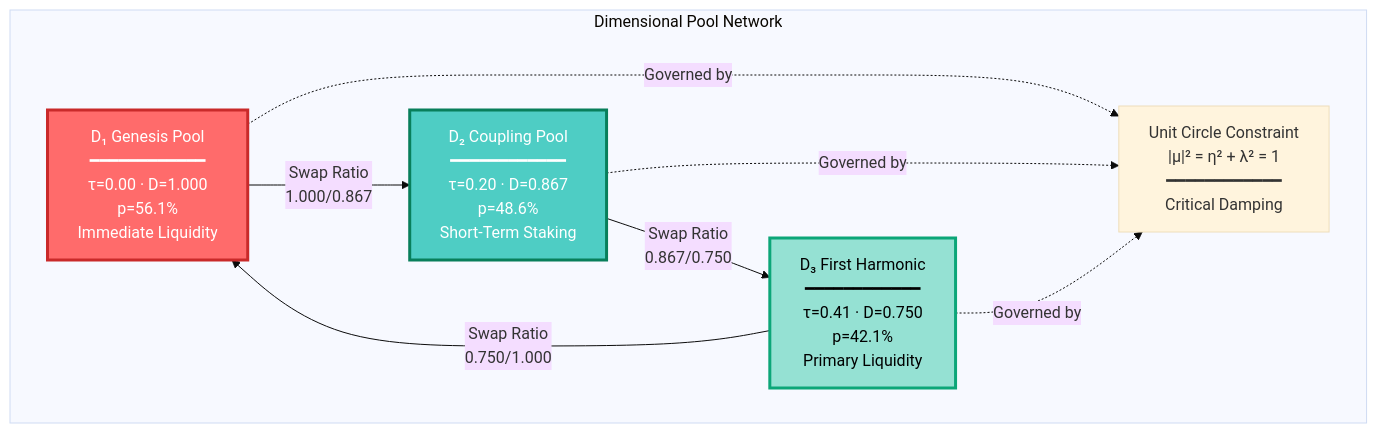
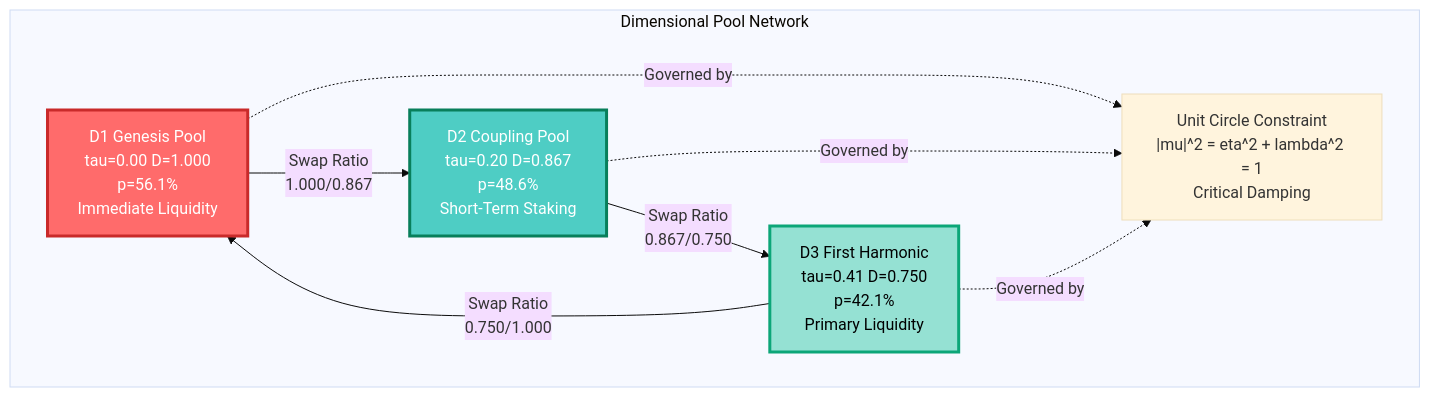
Before and after one commit to COINjecture-Network/COINjecture2.0: the third of 4 diagrams in README.md, drawn with Mermaid. The commit also changed other lines of this file and 232 other files, not shown here.

````diff
--- a/README.md
+++ b/README.md
@@ -253,23 +254,23 @@
 ```mermaid
 %%{init: {'theme':'base', 'themeVariables': { 'fontSize':'16px', 'fontFamily':'Arial'}}}%%
 graph TB
     subgraph "Dimensional Pool Network"
         style D1 fill:#ff6b6b,stroke:#c92a2a,stroke-width:3px,color:#fff
         style D2 fill:#4ecdc4,stroke:#087f5b,stroke-width:3px,color:#fff
         style D3 fill:#95e1d3,stroke:#0ca678,stroke-width:3px,color:#000
 
-        D1["D₁ Genesis Pool<br/>━━━━━━━━━━━━<br/>τ=0.00 · D=1.000<br/>p=56.1%<br/>Immediate Liquidity"]
-        D2["D₂ Coupling Pool<br/>━━━━━━━━━━━━<br/>τ=0.20 · D=0.867<br/>p=48.6%<br/>Short-Term Staking"]
-        D3["D₃ First Harmonic<br/>━━━━━━━━━━━━<br/>τ=0.41 · D=0.750<br/>p=42.1%<br/>Primary Liquidity"]
+        D1["D1 Genesis Pool<br/>tau=0.00 D=1.000<br/>p=56.1%<br/>Immediate Liquidity"]
+        D2["D2 Coupling Pool<br/>tau=0.20 D=0.867<br/>p=48.6%<br/>Short-Term Staking"]
+        D3["D3 First Harmonic<br/>tau=0.41 D=0.750<br/>p=42.1%<br/>Primary Liquidity"]
 
-        CONSTRAINT["Unit Circle Constraint<br/>|μ|² = η² + λ² = 1<br/>━━━━━━━━━━━━<br/>Critical Damping"]
+        CONSTRAINT["Unit Circle Constraint<br/>|mu|^2 = eta^2 + lambda^2 = 1<br/>Critical Damping"]
 
         D1 -->|"Swap Ratio<br/>1.000/0.867"| D2
         D2 -->|"Swap Ratio<br/>0.867/0.750"| D3
         D3 -->|"Swap Ratio<br/>0.750/1.000"| D1
 
         D1 -.->|"Governed by"| CONSTRAINT
         D2 -.->|"Governed by"| CONSTRAINT
         D3 -.->|"Governed by"| CONSTRAINT
     end
 ```
````
